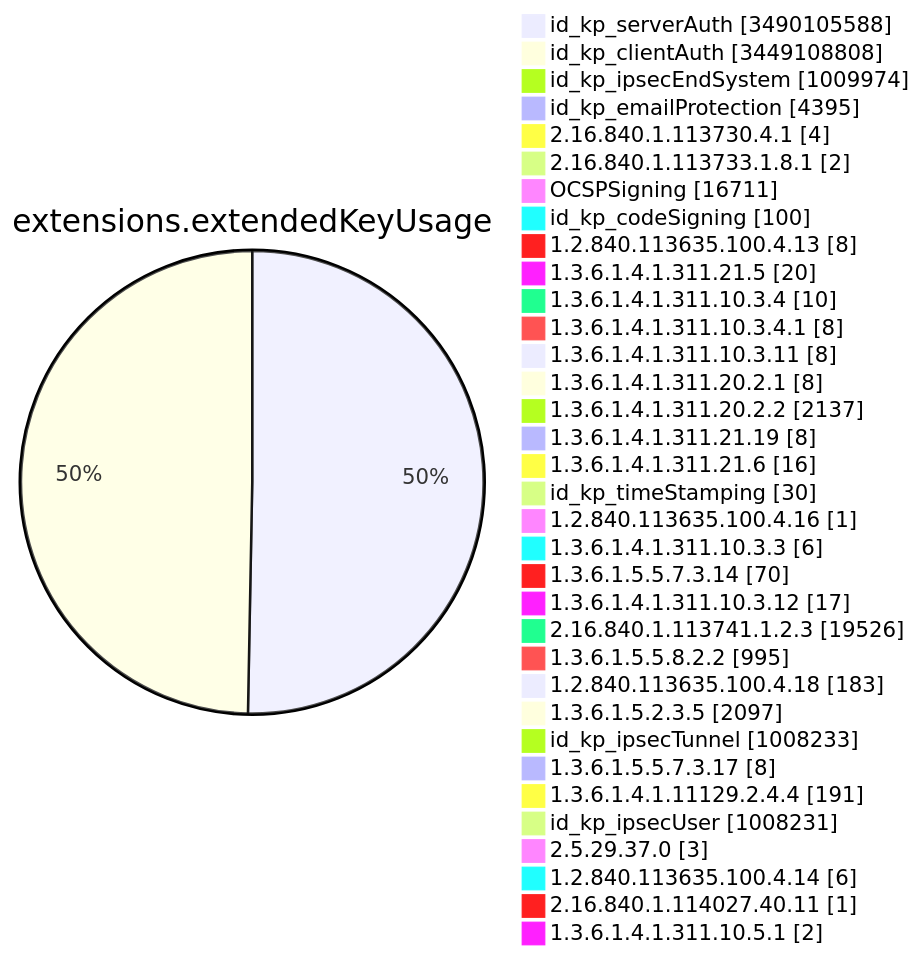
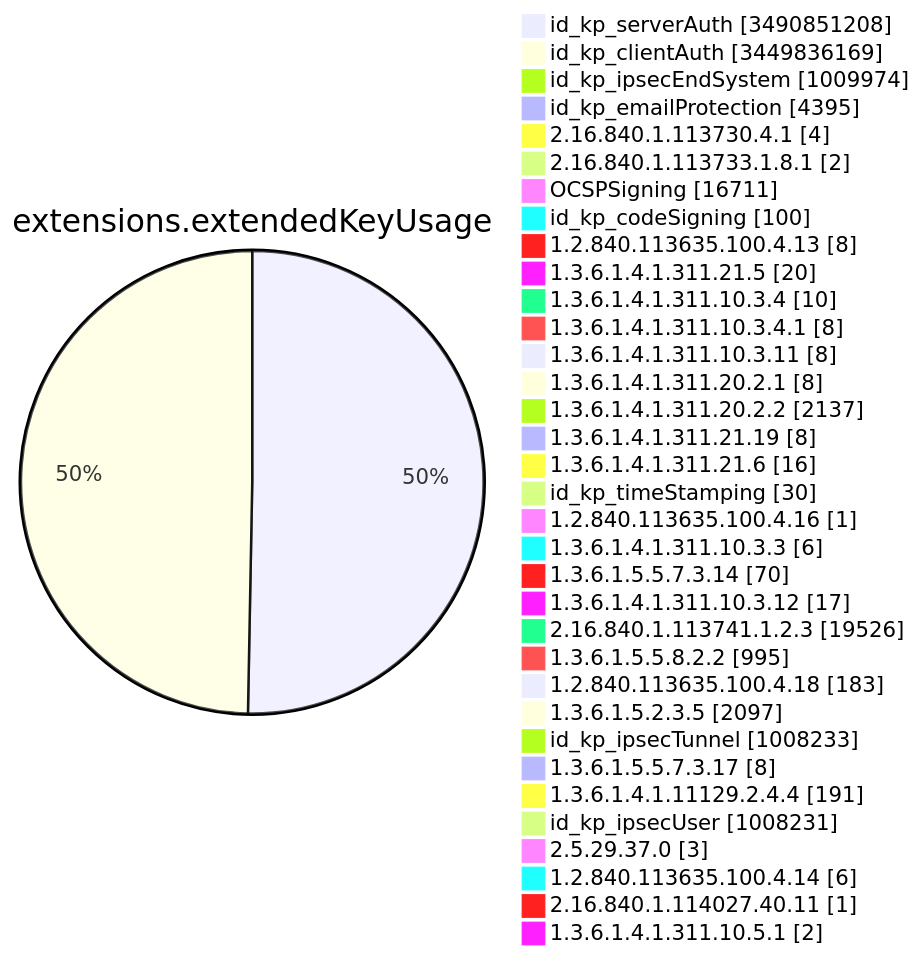
Before and after one commit to christiankrug/ctmonitor_visualization: diagram 11 of 15 in TOTAL/README.md, drawn with Mermaid. The commit also changed other lines of this file, not shown here.

````diff
--- a/TOTAL/README.md
+++ b/TOTAL/README.md
@@ -4124,38 +4124,38 @@
 ```mermaid
 pie showData
 title extensions.extendedKeyUsage
-"id_kp_serverAuth" :3490105588
-"id_kp_clientAuth" :3449108808
+"id_kp_serverAuth" :3490851208
+"id_kp_clientAuth" :3449836169
 "id_kp_ipsecEndSystem" :1009974
 "id_kp_emailProtection" :4395
 "2.16.840.1.113730.4.1" :4
 "2.16.840.1.113733.1.8.1" :2
 "OCSPSigning" :16711
 "id_kp_codeSigning" :100
 "1.2.840.113635.100.4.13" :8
 "1.3.6.1.4.1.311.21.5" :20
 "1.3.6.1.4.1.311.10.3.4" :10
 "1.3.6.1.4.1.311.10.3.4.1" :8
 "1.3.6.1.4.1.311.10.3.11" :8
 "1.3.6.1.4.1.311.20.2.1" :8
 "1.3.6.1.4.1.311.20.2.2" :2137
 "1.3.6.1.4.1.311.21.19" :8
 "1.3.6.1.4.1.311.21.6" :16
 "id_kp_timeStamping" :30
 "1.2.840.113635.100.4.16" :1
 "1.3.6.1.4.1.311.10.3.3" :6
 "1.3.6.1.5.5.7.3.14" :70
 "1.3.6.1.4.1.311.10.3.12" :17
 "2.16.840.1.113741.1.2.3" :19526
 "1.3.6.1.5.5.8.2.2" :995
 "1.2.840.113635.100.4.18" :183
 "1.3.6.1.5.2.3.5" :2097
 "id_kp_ipsecTunnel" :1008233
 "1.3.6.1.5.5.7.3.17" :8
 "1.3.6.1.4.1.11129.2.4.4" :191
 "id_kp_ipsecUser" :1008231
 "2.5.29.37.0" :3
 "1.2.840.113635.100.4.14" :6
 "2.16.840.1.114027.40.11" :1
 "1.3.6.1.4.1.311.10.5.1" :2
 ```
````
